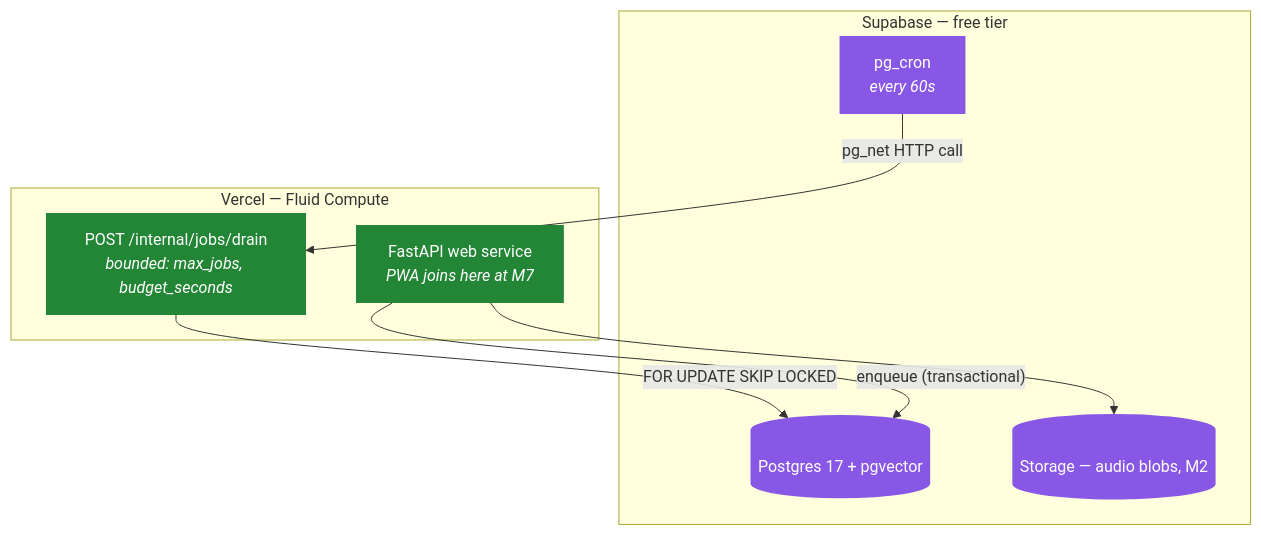
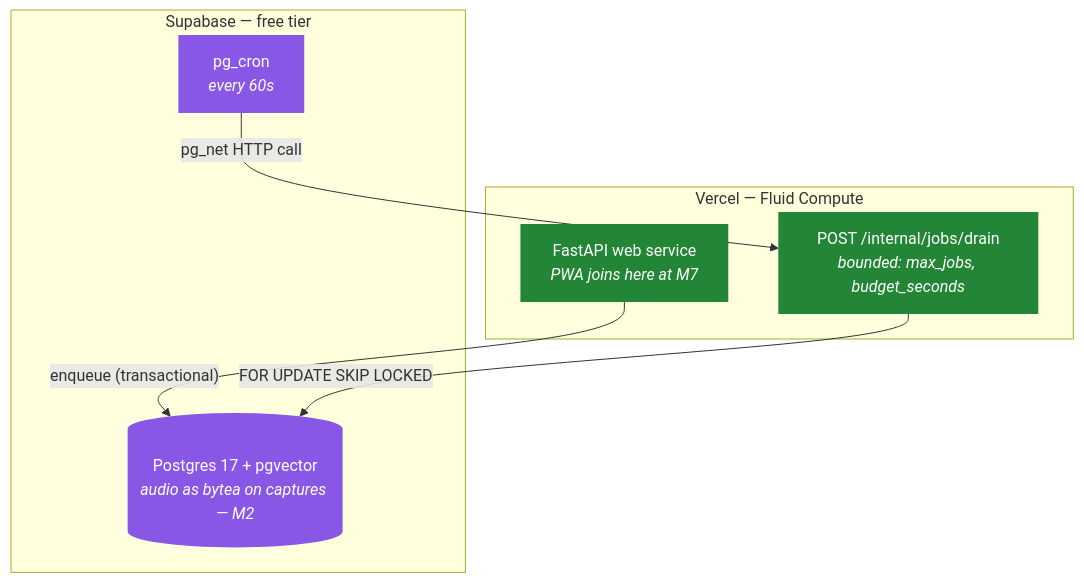
The third of 3 diagrams in README.md (aabu4537/ALAM), drawn with Mermaid before and after one commit. The commit also changed other lines of this file and 40 other files, not shown here.

````diff
--- a/README.md
+++ b/README.md
@@ -168,23 +171,20 @@
 ```mermaid
 flowchart TB
     subgraph V ["Vercel — Fluid Compute"]
         API["FastAPI web service<br/><i>PWA joins here at M7</i>"]
         DRAIN["POST /internal/jobs/drain<br/><i>bounded: max_jobs, budget_seconds</i>"]
     end
     subgraph S ["Supabase — free tier"]
-        DB[("Postgres 17 + pgvector")]
+        DB[("Postgres 17 + pgvector<br/><i>audio as bytea on captures — M2</i>")]
         CRON["pg_cron<br/><i>every 60s</i>"]
-        ST[("Storage — audio blobs, M2")]
     end
 
     API -->|"enqueue (transactional)"| DB
     CRON -->|"pg_net HTTP call"| DRAIN
     DRAIN -->|"FOR UPDATE SKIP LOCKED"| DB
-    API --> ST
 
     style API fill:#238636,color:#fff,stroke:none
     style DRAIN fill:#238636,color:#fff,stroke:none
     style DB fill:#8957e5,color:#fff,stroke:none
     style CRON fill:#8957e5,color:#fff,stroke:none
-    style ST fill:#8957e5,color:#fff,stroke:none
 ```
````
